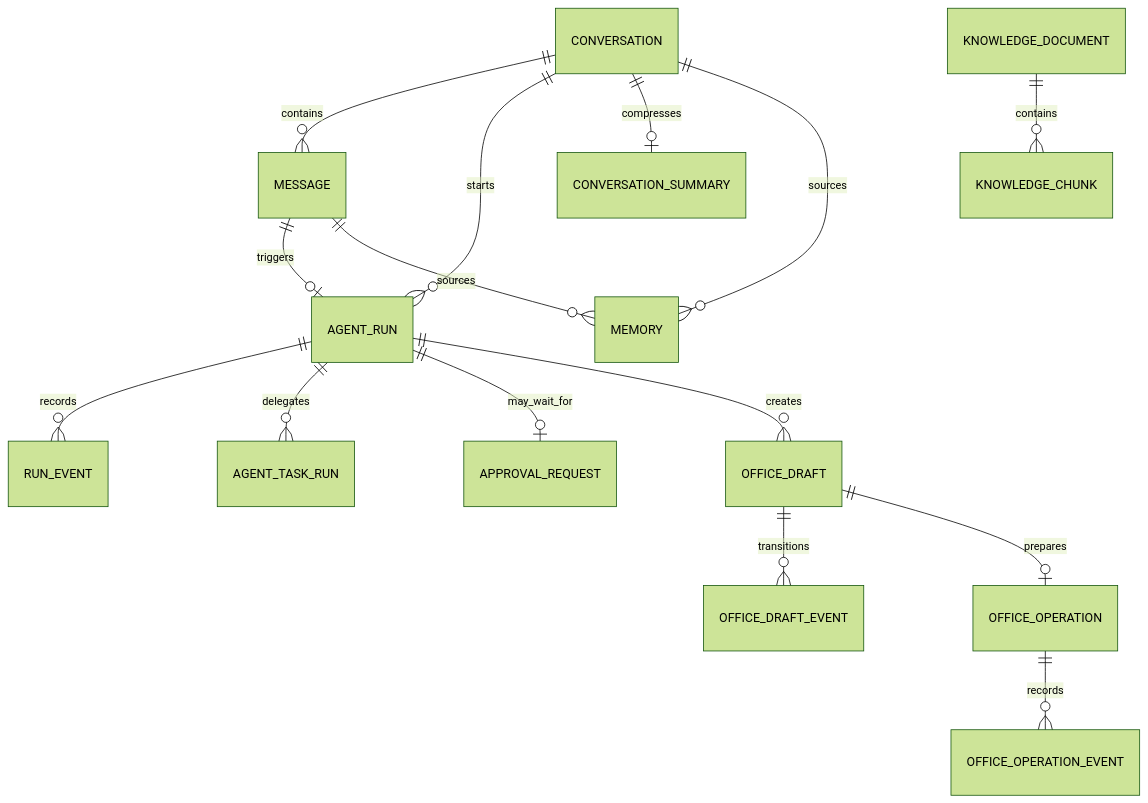
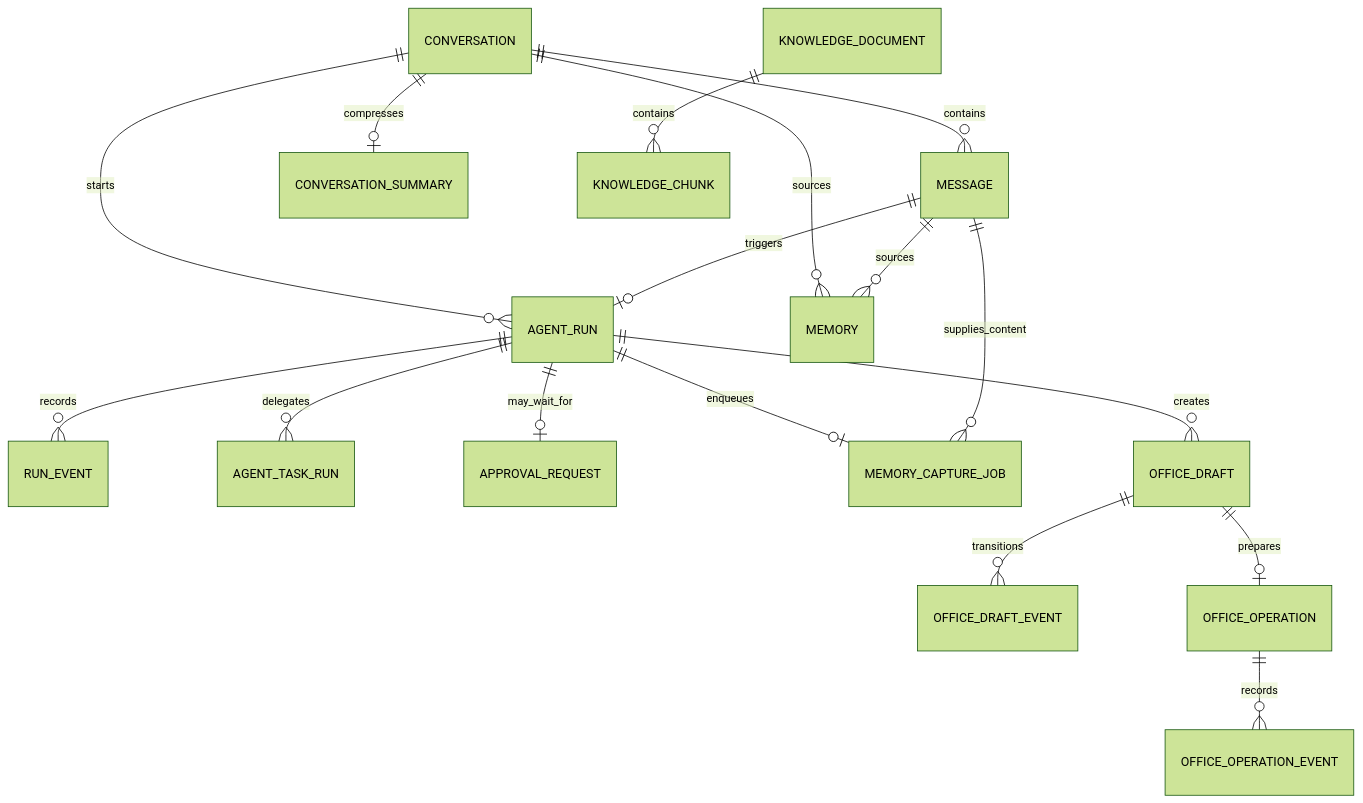
Before and after one commit to zora-DD/zora: the second of 9 diagrams in docs/project-analysis.md, drawn with Mermaid (forest theme). The commit also changed other lines of this file and 37 other files, not shown here.

````diff
--- a/docs/project-analysis.md
+++ b/docs/project-analysis.md
@@ -204,17 +204,19 @@
 ```mermaid
 erDiagram
     CONVERSATION ||--o{ MESSAGE : contains
     CONVERSATION ||--o{ AGENT_RUN : starts
     CONVERSATION ||--o| CONVERSATION_SUMMARY : compresses
     AGENT_RUN ||--o{ RUN_EVENT : records
     AGENT_RUN ||--o{ AGENT_TASK_RUN : delegates
     AGENT_RUN ||--o| APPROVAL_REQUEST : may_wait_for
     MESSAGE ||--o| AGENT_RUN : triggers
+    AGENT_RUN ||--o| MEMORY_CAPTURE_JOB : enqueues
+    MESSAGE ||--o{ MEMORY_CAPTURE_JOB : supplies_content
     CONVERSATION ||--o{ MEMORY : sources
     MESSAGE ||--o{ MEMORY : sources
     KNOWLEDGE_DOCUMENT ||--o{ KNOWLEDGE_CHUNK : contains
     AGENT_RUN ||--o{ OFFICE_DRAFT : creates
     OFFICE_DRAFT ||--o{ OFFICE_DRAFT_EVENT : transitions
     OFFICE_DRAFT ||--o| OFFICE_OPERATION : prepares
     OFFICE_OPERATION ||--o{ OFFICE_OPERATION_EVENT : records
 ```
````
